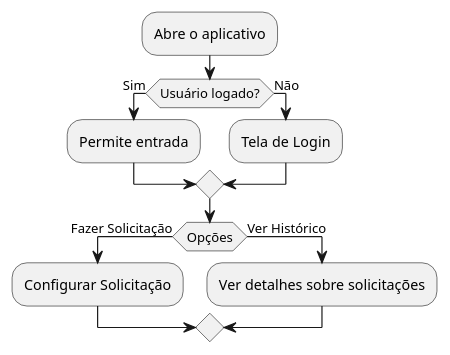
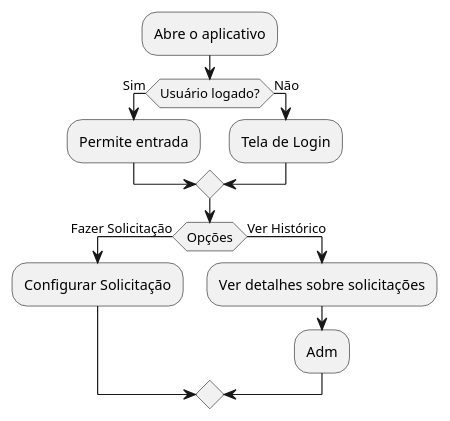
The diagram in ActivityDiagram.md (RenataArdito/Alerta-ADS), drawn with PlantUML before and after one commit.

````diff
--- a/ActivityDiagram.md
+++ b/ActivityDiagram.md
@@ -1,17 +1,19 @@
 ```plantuml
 @startuml
 
 :Abre o aplicativo;
 
 if (Usuário logado?) then (Sim)
     :Permite entrada;
 else (Não)
     :Tela de Login;
 endif
     if (Opções) then (Fazer Solicitação)
         :Configurar Solicitação;
     else (Ver Histórico)
         :Ver detalhes sobre solicitações;
 
+:Adm;
+
 @enduml
 ```
````
